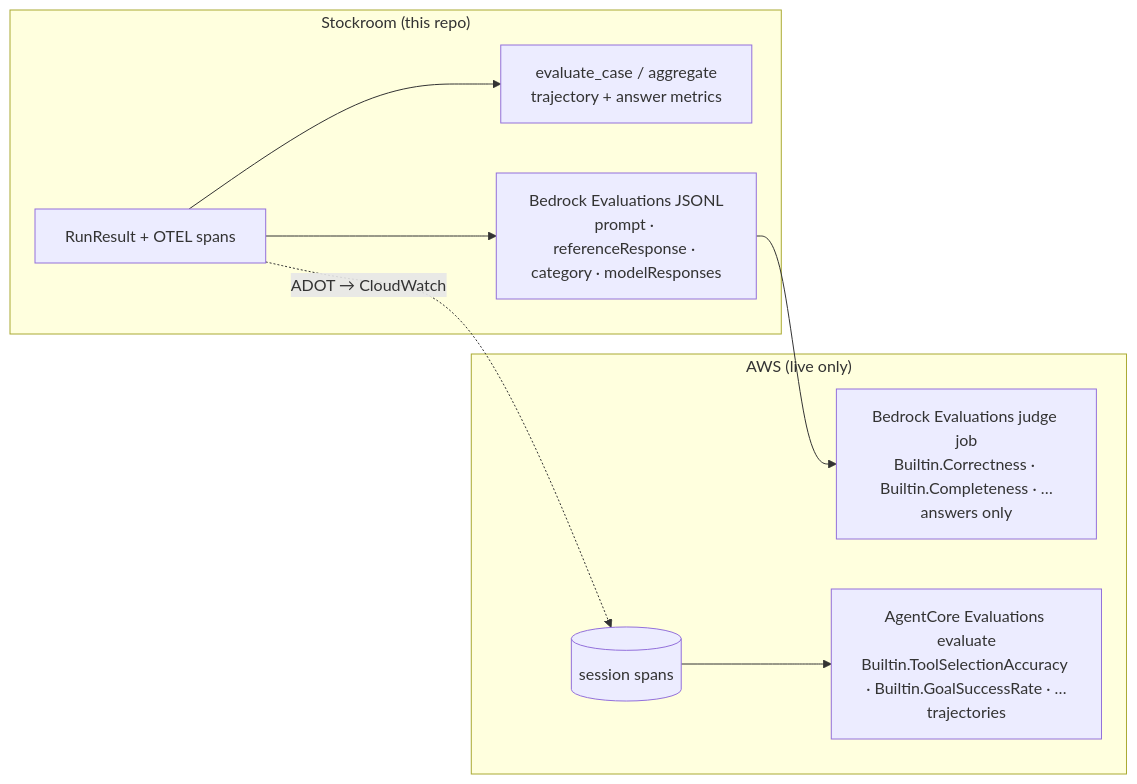
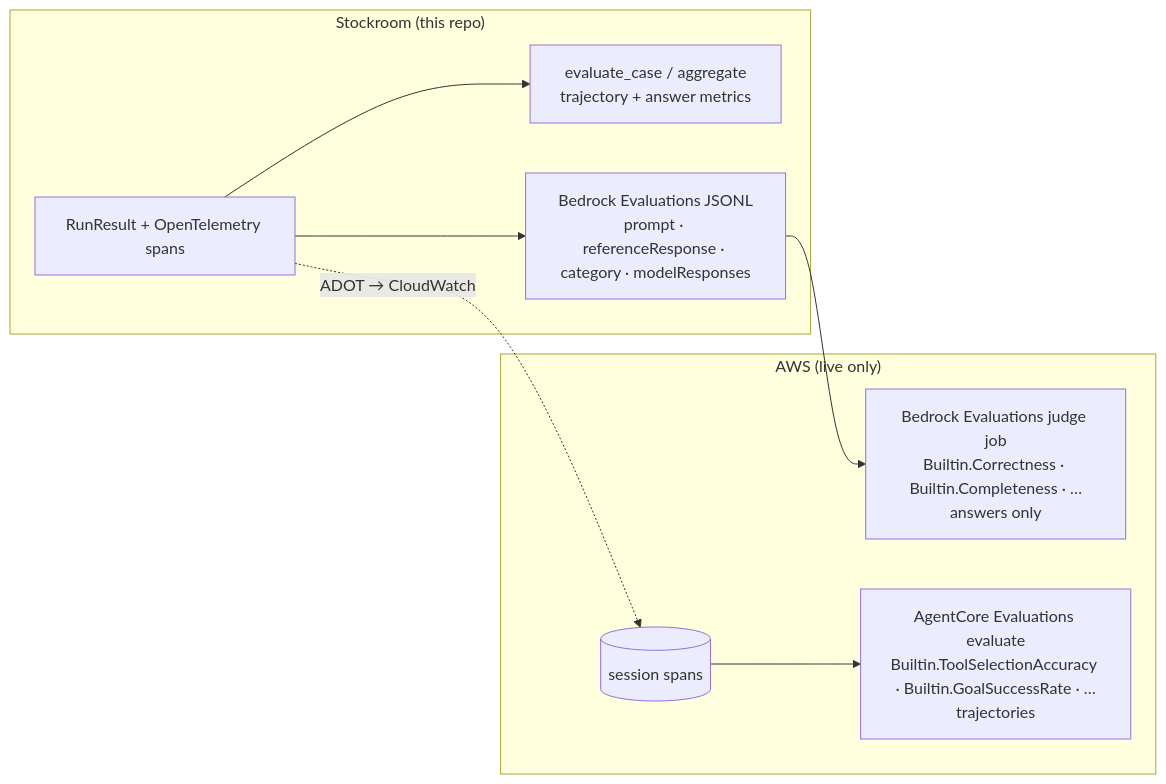
The fifth of 6 diagrams in lectures/day4_aws_ci_cd_redteaming.md (genial-labs-ai/system_agent_harness_aws), drawn with Mermaid before and after one commit. The commit also changed other lines of this file and 20 other files, not shown here.

````diff
--- a/lectures/day4_aws_ci_cd_redteaming.md
+++ b/lectures/day4_aws_ci_cd_redteaming.md
@@ -499,12 +499,12 @@
 ```mermaid
 flowchart LR
   subgraph Repo["Stockroom (this repo)"]
-    R[RunResult + OTEL spans] --> E1[evaluate_case / aggregate<br/>trajectory + answer metrics]
+    R[RunResult + OpenTelemetry spans] --> E1[evaluate_case / aggregate<br/>trajectory + answer metrics]
     R --> J[Bedrock Evaluations JSONL<br/>prompt · referenceResponse · category · modelResponses]
   end
   subgraph AWS["AWS (live only)"]
     J --> B[Bedrock Evaluations judge job<br/>Builtin.Correctness · Builtin.Completeness · …<br/>answers only]
     R -. ADOT → CloudWatch .-> CW[(session spans)]
     CW --> A[AgentCore Evaluations evaluate<br/>Builtin.ToolSelectionAccuracy · Builtin.GoalSuccessRate · …<br/>trajectories]
   end
 ```
````
